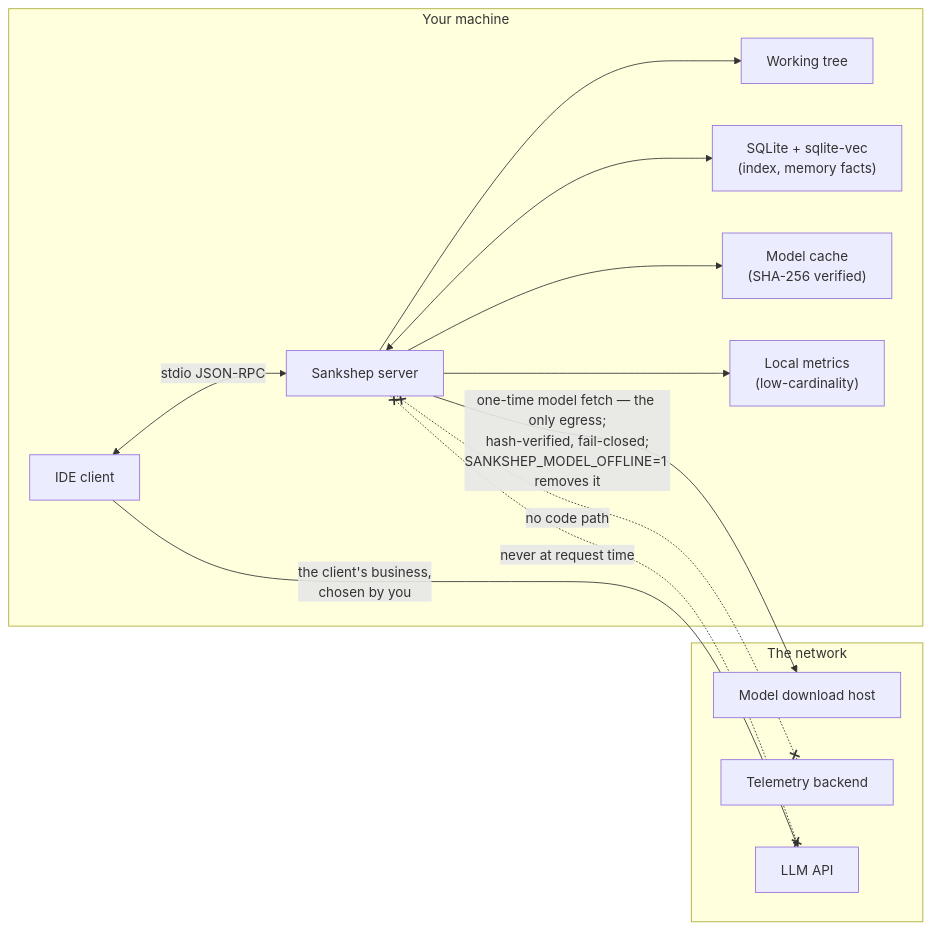
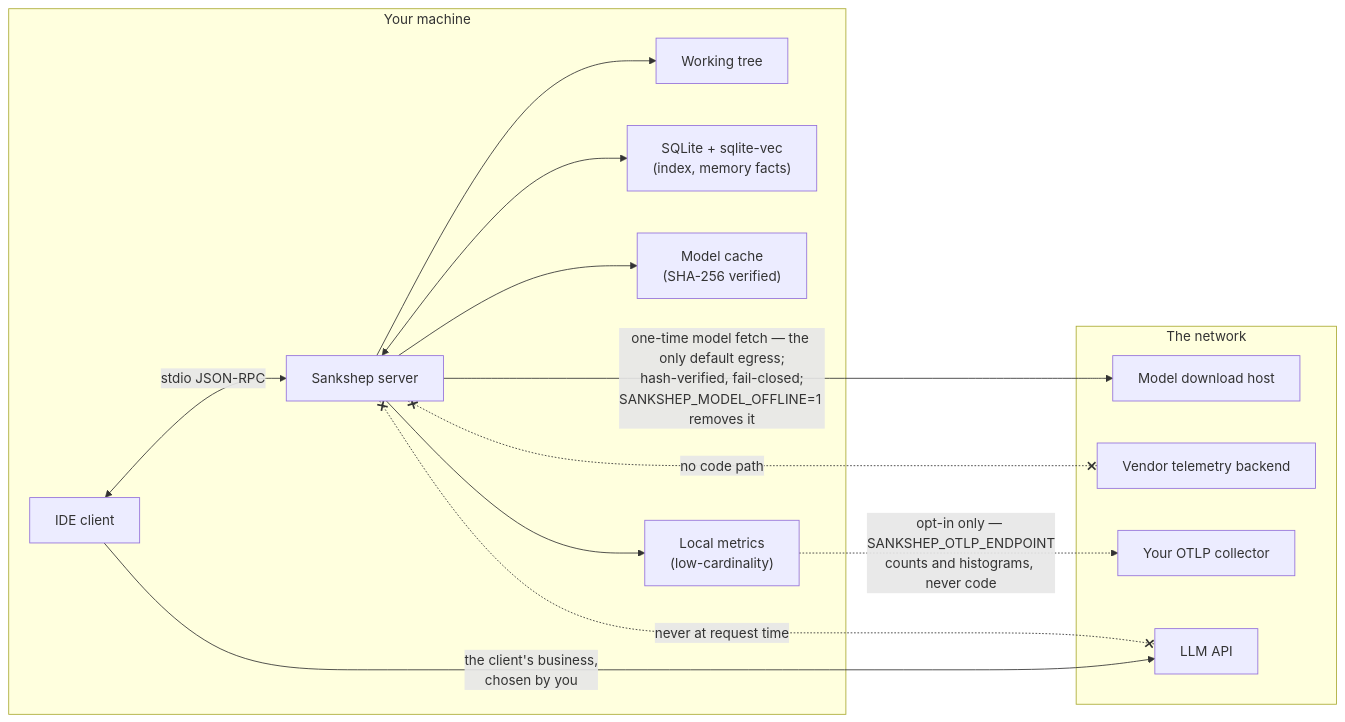
One commit to nitinpawar28/AI-learn changed the diagram in docs/part5-capstone/case-local-first.md. Above: the diagram before and after it, drawn with Mermaid. The commit also changed other lines of this file and 8 other files, not shown here.

````diff
--- a/docs/part5-capstone/case-local-first.md
+++ b/docs/part5-capstone/case-local-first.md
@@ -49,25 +49,27 @@
 ```mermaid
 flowchart LR
     subgraph machine["Your machine"]
         CLIENT["IDE client"]
         SRV["Sankshep server"]
         REPO["Working tree"]
         STORE["SQLite + sqlite-vec<br/>(index, memory facts)"]
         MODEL["Model cache<br/>(SHA-256 verified)"]
         MET["Local metrics<br/>(low-cardinality)"]
     end
     subgraph net["The network"]
         DL["Model download host"]
-        TEL["Telemetry backend"]
+        TEL["Vendor telemetry backend"]
+        COL["Your OTLP collector"]
         API["LLM API"]
     end
     CLIENT <-->|"stdio JSON-RPC"| SRV
     SRV --> REPO
     SRV <--> STORE
     SRV --> MODEL
     SRV --> MET
-    SRV -->|"one-time model fetch — the only egress;<br/>hash-verified, fail-closed;<br/>SANKSHEP_MODEL_OFFLINE=1 removes it"| DL
+    SRV -->|"one-time model fetch — the only default egress;<br/>hash-verified, fail-closed;<br/>SANKSHEP_MODEL_OFFLINE=1 removes it"| DL
     SRV x-. no code path .-x TEL
+    MET -.->|"opt-in only — SANKSHEP_OTLP_ENDPOINT<br/>counts and histograms, never code"| COL
     SRV x-. never at request time .-x API
     CLIENT -->|"the client's business,<br/>chosen by you"| API
 ```
````
